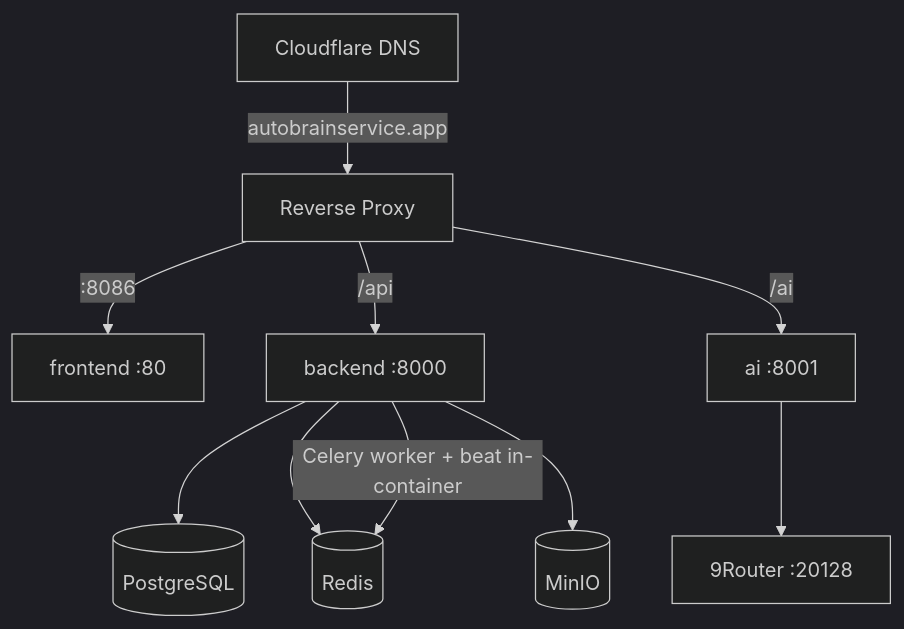
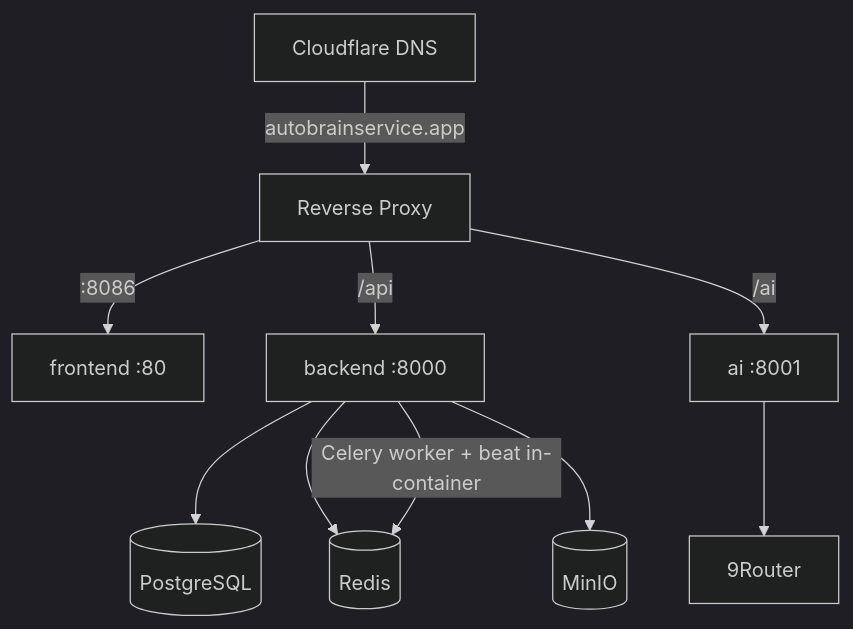
Before and after one commit to CannonFodder151/autobrain: the second of 4 diagrams in docs/infrastructure-diagrams.md, drawn with Mermaid (dark theme). The commit also changed 5 other files, not shown here.

````diff
--- a/docs/infrastructure-diagrams.md
+++ b/docs/infrastructure-diagrams.md
@@ -20,12 +20,12 @@
 ```mermaid
 graph TD
     CF[Cloudflare DNS] -->|autobrainservice.app| Proxy[Reverse Proxy]
     Proxy -->|:8086| Frontend[frontend :80]
     Proxy -->|/api| Backend[backend :8000]
     Proxy -->|/ai| AI[ai :8001]
     Backend --> PostgresH[(PostgreSQL)]
     Backend --> RedisH[(Redis)]
     Backend --> MinIOH[(MinIO)]
     Backend -->|Celery worker + beat in-container| RedisH
-    AI --> Router[9Router :20128]
+    AI --> Router[9Router]
 ```
````
